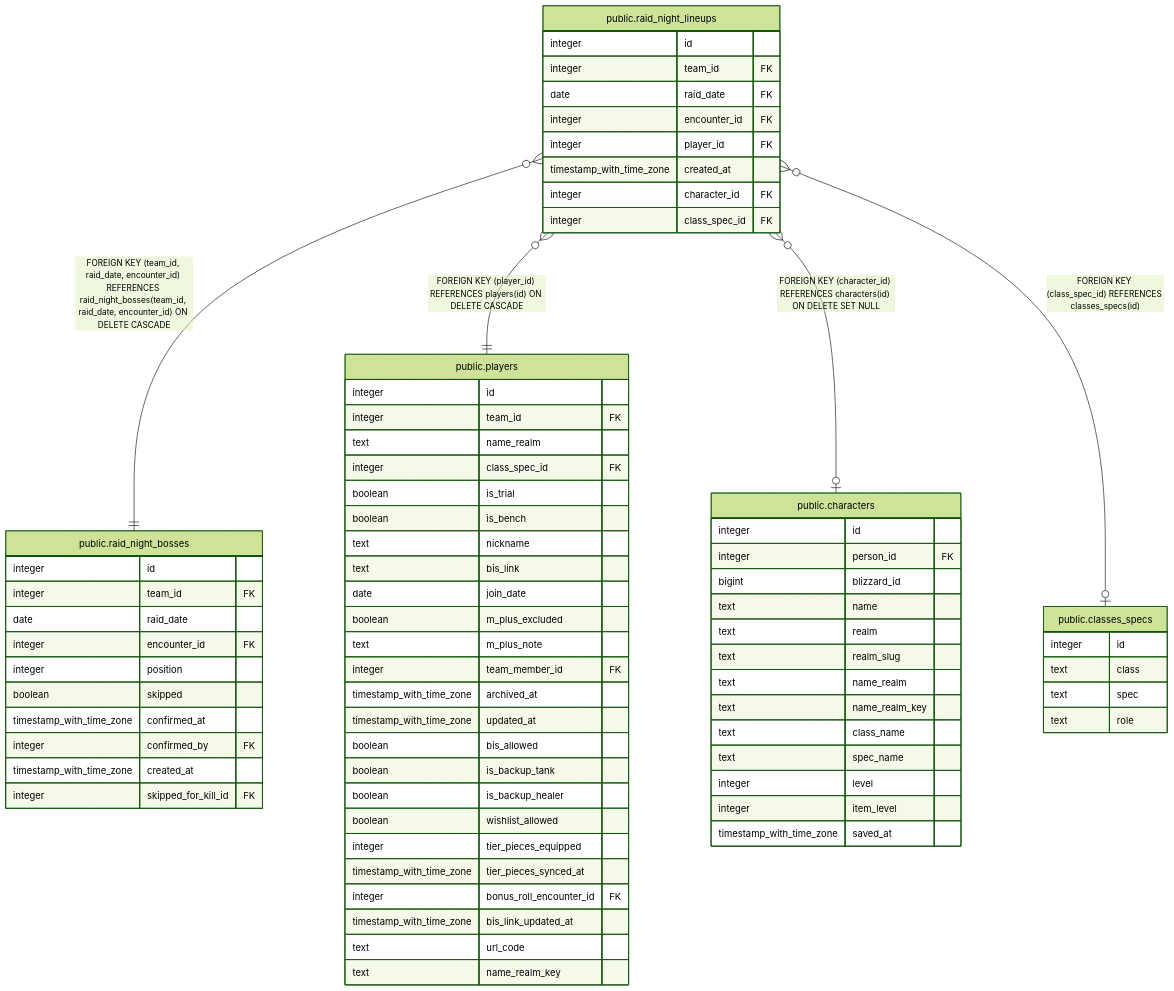
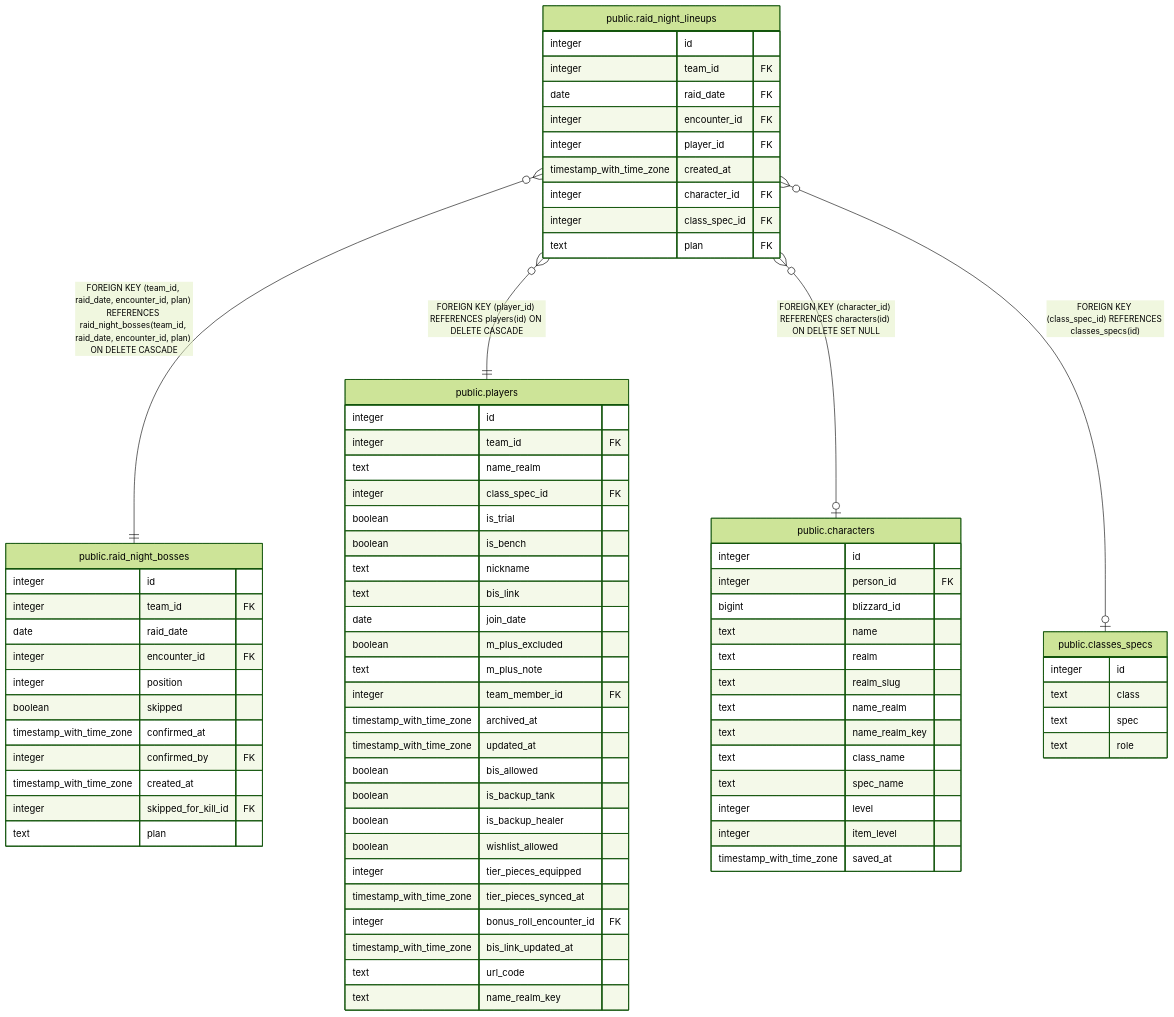
One commit to katogaming88/WGA-Raid-Hub changed the diagram in dbdoc/public.raid_night_lineups.md. Above: the diagram before and after it, drawn with Mermaid (forest theme). The commit also changed other lines of this file and 42 other files, not shown here.

Commit message:
#1688: a Heroic plan and a Mythic plan for boss groups and night lineups (part 1: database, sync, Discord)

````diff
--- a/dbdoc/public.raid_night_lineups.md
+++ b/dbdoc/public.raid_night_lineups.md
@@ -48,78 +50,80 @@
 ```mermaid
 erDiagram
 
-"public.raid_night_lineups" }o--|| "public.raid_night_bosses" : "FOREIGN KEY (team_id, raid_date, encounter_id) REFERENCES raid_night_bosses(team_id, raid_date, encounter_id) ON DELETE CASCADE"
+"public.raid_night_lineups" }o--|| "public.raid_night_bosses" : "FOREIGN KEY (team_id, raid_date, encounter_id, plan) REFERENCES raid_night_bosses(team_id, raid_date, encounter_id, plan) ON DELETE CASCADE"
 "public.raid_night_lineups" }o--|| "public.players" : "FOREIGN KEY (player_id) REFERENCES players(id) ON DELETE CASCADE"
 "public.raid_night_lineups" }o--o| "public.characters" : "FOREIGN KEY (character_id) REFERENCES characters(id) ON DELETE SET NULL"
 "public.raid_night_lineups" }o--o| "public.classes_specs" : "FOREIGN KEY (class_spec_id) REFERENCES classes_specs(id)"
 
 "public.raid_night_lineups" {
   integer id
   integer team_id FK
   date raid_date FK
   integer encounter_id FK
   integer player_id FK
   timestamp_with_time_zone created_at
   integer character_id FK
   integer class_spec_id FK
+  text plan FK
 }
 "public.raid_night_bosses" {
   integer id
   integer team_id FK
   date raid_date
   integer encounter_id FK
   integer position
   boolean skipped
   timestamp_with_time_zone confirmed_at
   integer confirmed_by FK
   timestamp_with_time_zone created_at
   integer skipped_for_kill_id FK
+  text plan
 }
 "public.players" {
   integer id
   integer team_id FK
   text name_realm
   integer class_spec_id FK
   boolean is_trial
   boolean is_bench
   text nickname
   text bis_link
   date join_date
   boolean m_plus_excluded
   text m_plus_note
   integer team_member_id FK
   timestamp_with_time_zone archived_at
   timestamp_with_time_zone updated_at
   boolean bis_allowed
   boolean is_backup_tank
   boolean is_backup_healer
   boolean wishlist_allowed
   integer tier_pieces_equipped
   timestamp_with_time_zone tier_pieces_synced_at
   integer bonus_roll_encounter_id FK
   timestamp_with_time_zone bis_link_updated_at
   text url_code
   text name_realm_key
 }
 "public.characters" {
   integer id
   integer person_id FK
   bigint blizzard_id
   text name
   text realm
   text realm_slug
   text name_realm
   text name_realm_key
   text class_name
   text spec_name
   integer level
   integer item_level
   timestamp_with_time_zone saved_at
 }
 "public.classes_specs" {
   integer id
   text class
   text spec
   text role
 }
 ```
````
